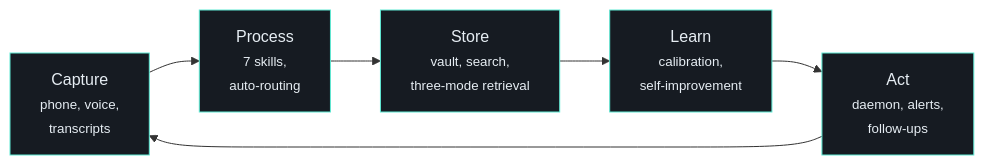
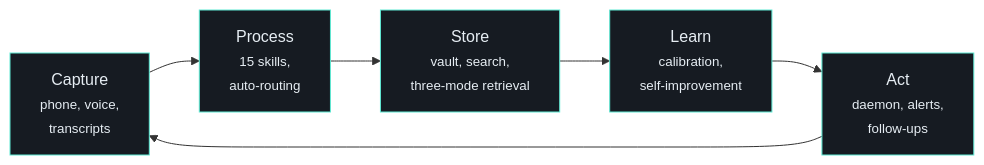
The diagram in docs/index.md (sovrana/qm-os), drawn with Mermaid before and after one commit. The commit also changed other lines of this file and 17 other files, not shown here.

````diff
--- a/docs/index.md
+++ b/docs/index.md
@@ -24,14 +24,14 @@
 ```mermaid
 graph LR
-    A["Capture<br/><small>phone, voice,<br/>transcripts</small>"] --> B["Process<br/><small>7 skills,<br/>auto-routing</small>"]
+    A["Capture<br/><small>phone, voice,<br/>transcripts</small>"] --> B["Process<br/><small>15 skills,<br/>auto-routing</small>"]
     B --> C["Store<br/><small>vault, search,<br/>three-mode retrieval</small>"]
     C --> D["Learn<br/><small>calibration,<br/>self-improvement</small>"]
     D --> E["Act<br/><small>daemon, alerts,<br/>follow-ups</small>"]
     E --> A
 
     style A fill:#161b22,stroke:#5eead4,color:#e6edf3
     style B fill:#161b22,stroke:#5eead4,color:#e6edf3
     style C fill:#161b22,stroke:#5eead4,color:#e6edf3
     style D fill:#161b22,stroke:#5eead4,color:#e6edf3
     style E fill:#161b22,stroke:#5eead4,color:#e6edf3
 ```
````
